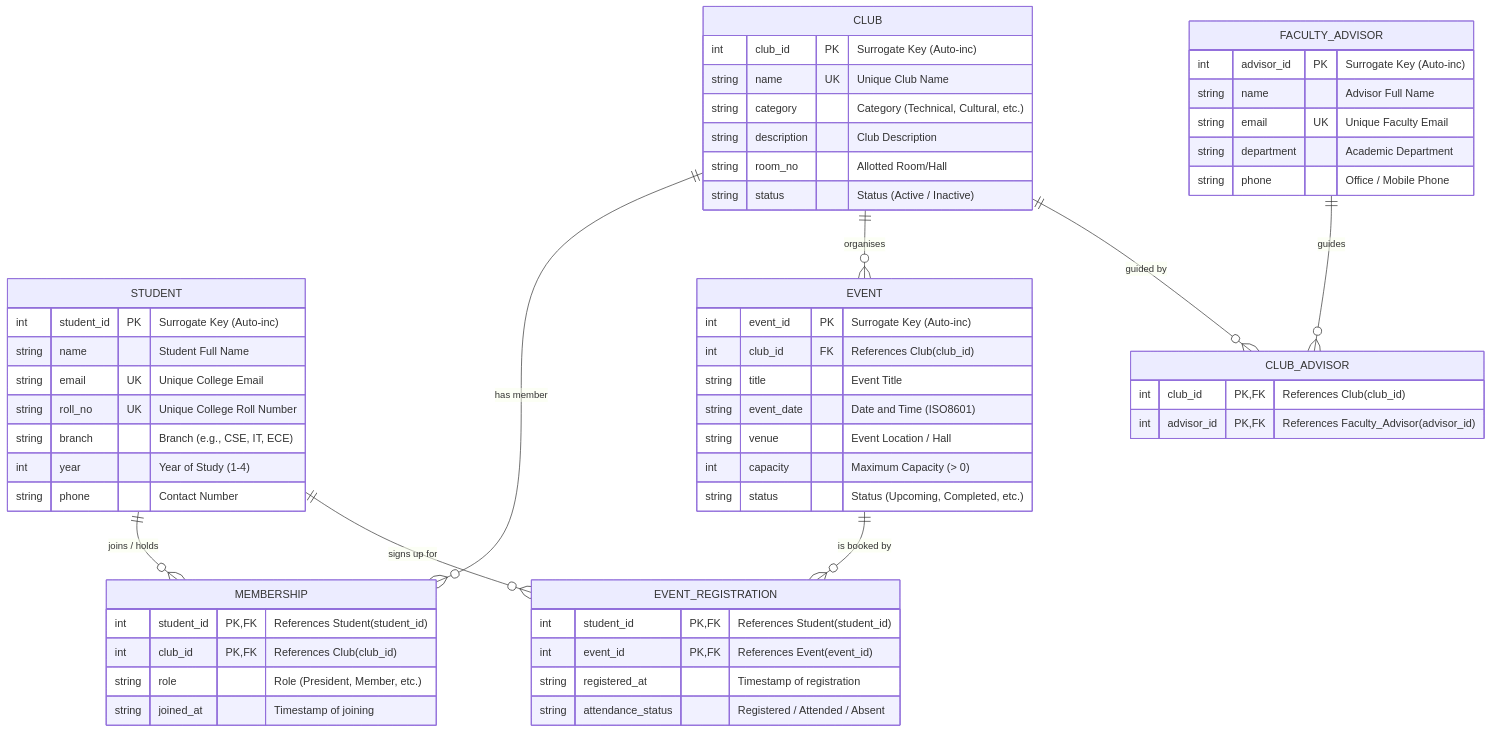
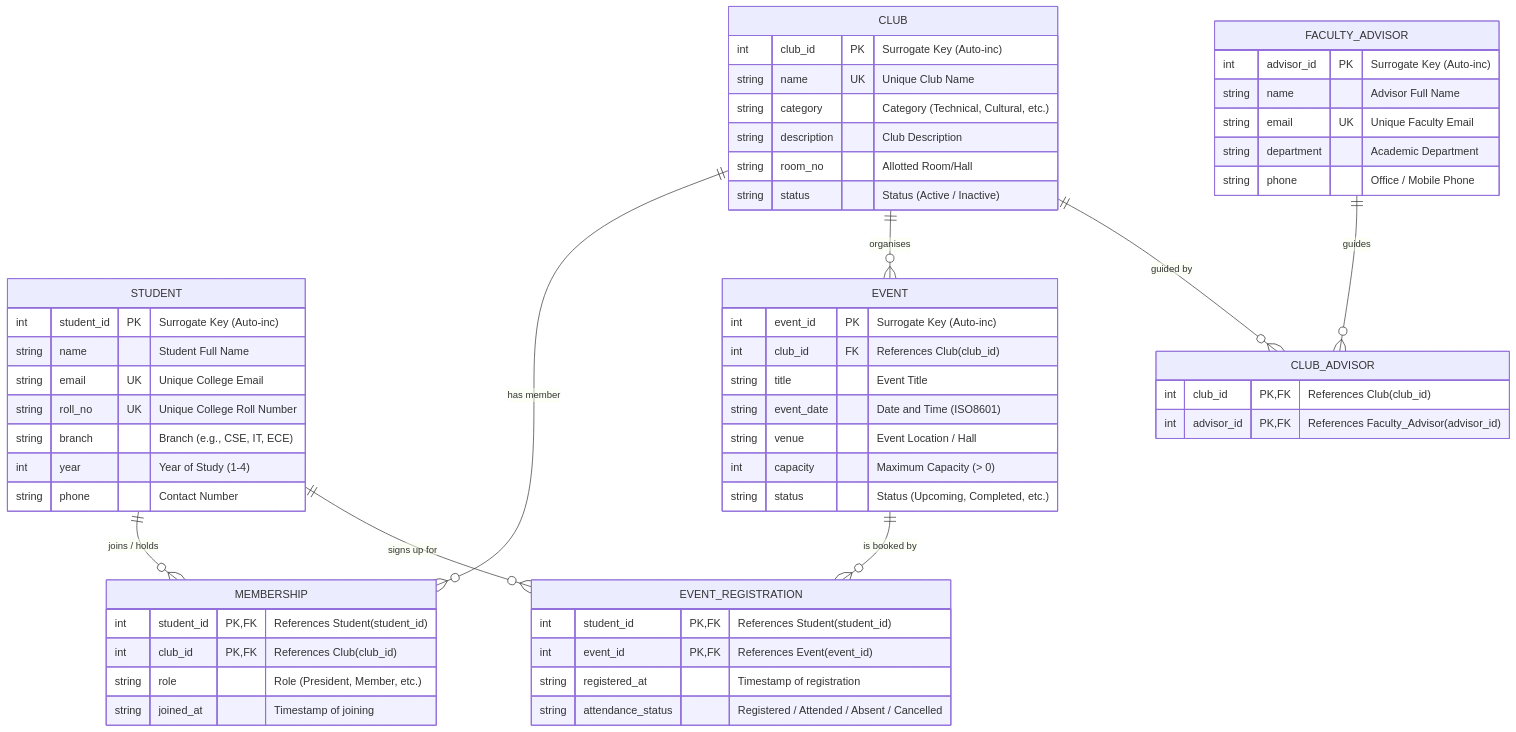
The diagram in docs/erd.mmd (divishaagarwal008-ux/ClubHub), drawn with Mermaid before and after one commit. The commit also changed 8 other files, not shown here.

```diff
--- a/docs/erd.mmd
+++ b/docs/erd.mmd
@@ -1,67 +1,67 @@
 erDiagram
     STUDENT ||--o{ MEMBERSHIP : "joins / holds"
     CLUB ||--o{ MEMBERSHIP : "has member"
 
     STUDENT ||--o{ EVENT_REGISTRATION : "signs up for"
     EVENT ||--o{ EVENT_REGISTRATION : "is booked by"
 
     CLUB ||--o{ EVENT : "organises"
 
     CLUB ||--o{ CLUB_ADVISOR : "guided by"
     FACULTY_ADVISOR ||--o{ CLUB_ADVISOR : "guides"
 
     STUDENT {
         int student_id PK "Surrogate Key (Auto-inc)"
         string name "Student Full Name"
         string email UK "Unique College Email"
         string roll_no UK "Unique College Roll Number"
         string branch "Branch (e.g., CSE, IT, ECE)"
         int year "Year of Study (1-4)"
         string phone "Contact Number"
     }
 
     CLUB {
         int club_id PK "Surrogate Key (Auto-inc)"
         string name UK "Unique Club Name"
         string category "Category (Technical, Cultural, etc.)"
         string description "Club Description"
         string room_no "Allotted Room/Hall"
         string status "Status (Active / Inactive)"
     }
 
     MEMBERSHIP {
         int student_id PK, FK "References Student(student_id)"
         int club_id PK, FK "References Club(club_id)"
         string role "Role (President, Member, etc.)"
         string joined_at "Timestamp of joining"
     }
 
     EVENT {
         int event_id PK "Surrogate Key (Auto-inc)"
         int club_id FK "References Club(club_id)"
         string title "Event Title"
         string event_date "Date and Time (ISO8601)"
         string venue "Event Location / Hall"
         int capacity "Maximum Capacity (> 0)"
         string status "Status (Upcoming, Completed, etc.)"
     }
 
     EVENT_REGISTRATION {
         int student_id PK, FK "References Student(student_id)"
         int event_id PK, FK "References Event(event_id)"
         string registered_at "Timestamp of registration"
-        string attendance_status "Registered / Attended / Absent"
+        string attendance_status "Registered / Attended / Absent / Cancelled"
     }
 
     FACULTY_ADVISOR {
         int advisor_id PK "Surrogate Key (Auto-inc)"
         string name "Advisor Full Name"
         string email UK "Unique Faculty Email"
         string department "Academic Department"
         string phone "Office / Mobile Phone"
     }
 
     CLUB_ADVISOR {
         int club_id PK, FK "References Club(club_id)"
         int advisor_id PK, FK "References Faculty_Advisor(advisor_id)"
     }
```
